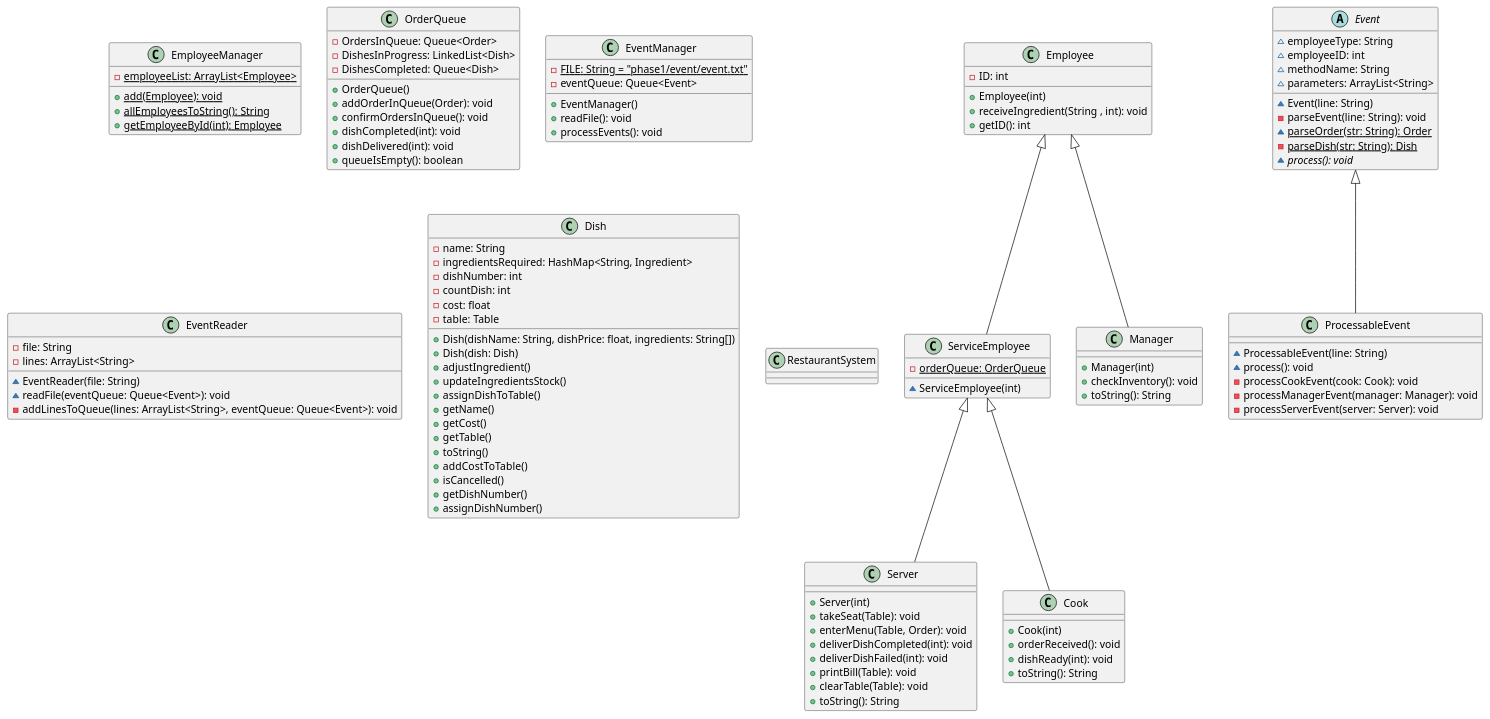
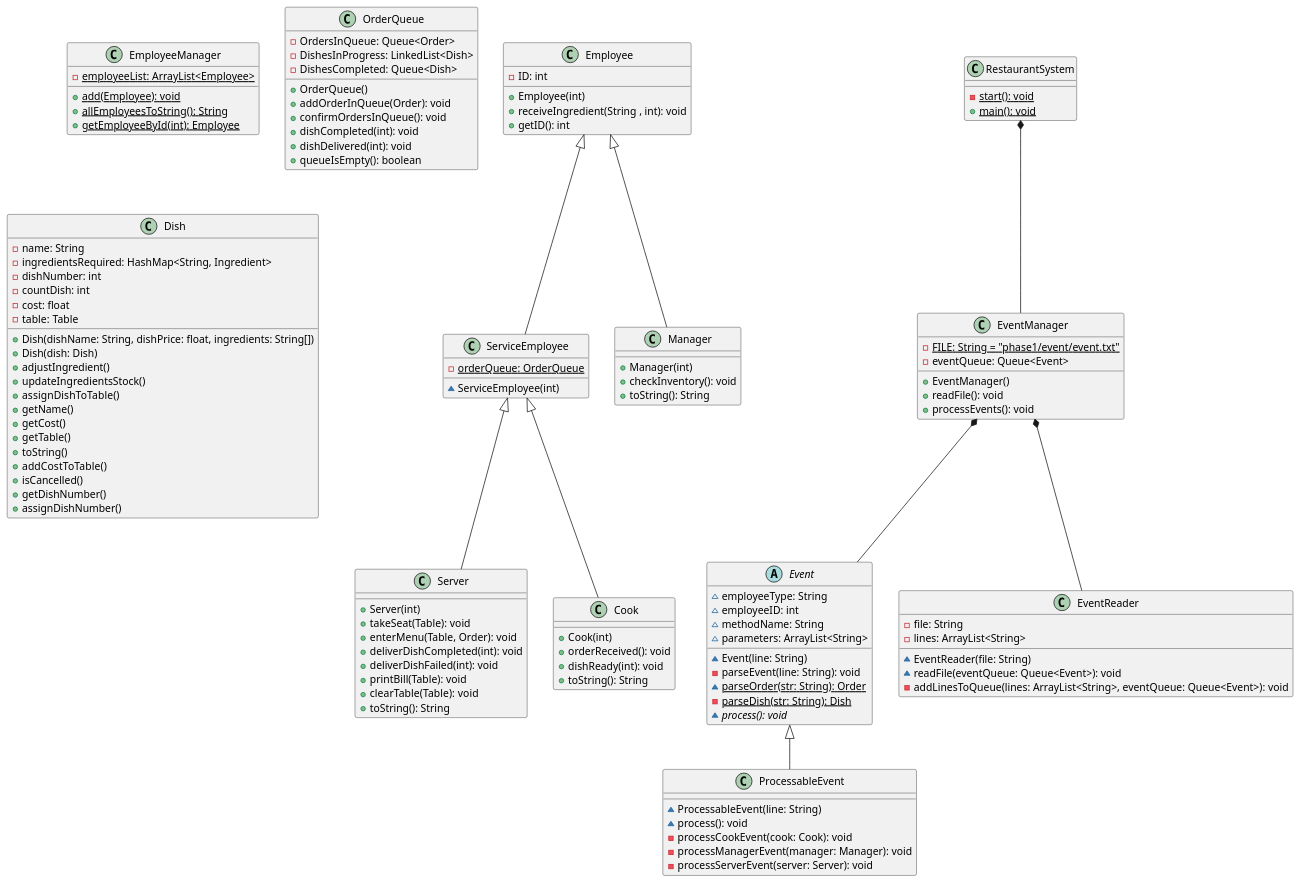
The diagram in phase1/phase1uml.puml (billangli/RestaurantSystem), drawn with PlantUML before and after one commit. The commit also changed 5 other files, not shown here.

Commit message:
Updated UML diagram

```diff
--- a/phase1/phase1uml.puml
+++ b/phase1/phase1uml.puml
@@ -1,121 +1,127 @@
 @startuml
 class EmployeeManager{
 - {static} employeeList: ArrayList<Employee>
 + {static} add(Employee): void
 + {static} allEmployeesToString(): String
 + {static} getEmployeeById(int): Employee
 }
 class OrderQueue{
 - OrdersInQueue: Queue<Order>
 - DishesInProgress: LinkedList<Dish>
 - DishesCompleted: Queue<Dish>
 + OrderQueue()
 + addOrderInQueue(Order): void
 + confirmOrdersInQueue(): void
 + dishCompleted(int): void
 + dishDelivered(int): void
 + queueIsEmpty(): boolean
 }
 
 class Employee{
 - ID: int
 + Employee(int)
 + receiveIngredient(String , int): void
 + getID(): int
 }
 class ServiceEmployee {
 - {static} orderQueue: OrderQueue
 ~ ServiceEmployee(int)
 }
 class Server{
 + Server(int)
 + takeSeat(Table): void
 + enterMenu(Table, Order): void
 + deliverDishCompleted(int): void
 + deliverDishFailed(int): void
 + printBill(Table): void
 + clearTable(Table): void
 + toString(): String
 }
 class Cook{
 + Cook(int)
 + orderReceived(): void
 + dishReady(int): void
 + toString(): String
 }
 class Manager{
 + Manager(int)
 + checkInventory(): void
 + toString(): String
 }
 
 Employee <|-- ServiceEmployee
 ServiceEmployee <|-- Cook
 ServiceEmployee <|-- Server
 Employee <|-- Manager
 
 
 abstract class Event{
 ~ employeeType: String
 ~ employeeID: int
 ~ methodName: String
 ~ parameters: ArrayList<String>
 ~ Event(line: String)
 - parseEvent(line: String): void
 ~ {static} parseOrder(str: String): Order
 - {static} parseDish(str: String): Dish
 ~ {abstract} process(): void
 }
 
 class EventManager{
 - {static} FILE: String = "phase1/event/event.txt"
 - eventQueue: Queue<Event>
 + EventManager()
 + readFile(): void
 + processEvents(): void
 }
 
 class ProcessableEvent{
 ~ ProcessableEvent(line: String)
 ~ process(): void
 - processCookEvent(cook: Cook): void
 - processManagerEvent(manager: Manager): void
 - processServerEvent(server: Server): void
 }
 
 class EventReader{
 - file: String
 - lines: ArrayList<String>
 ~ EventReader(file: String)
 ~ readFile(eventQueue: Queue<Event>): void
 - addLinesToQueue(lines: ArrayList<String>, eventQueue: Queue<Event>): void
 }
 
 Event <|-- ProcessableEvent
+EventManager *-- EventReader
+EventManager *-- Event
 
 
 class Dish{
 - name: String
 - ingredientsRequired: HashMap<String, Ingredient>
 - dishNumber: int
 - countDish: int
 - cost: float
 - table: Table
 + Dish(dishName: String, dishPrice: float, ingredients: String[])
 + Dish(dish: Dish)
 + adjustIngredient()
 + updateIngredientsStock()
 + assignDishToTable()
 + getName()
 + getCost()
 + getTable()
 + toString()
 + addCostToTable()
 + isCancelled()
 + getDishNumber()
 + assignDishNumber()
 }
 
 class RestaurantSystem{
+- {static} start(): void
++ {static} main(): void
 }
+
+RestaurantSystem *-- EventManager
 @enduml
```
